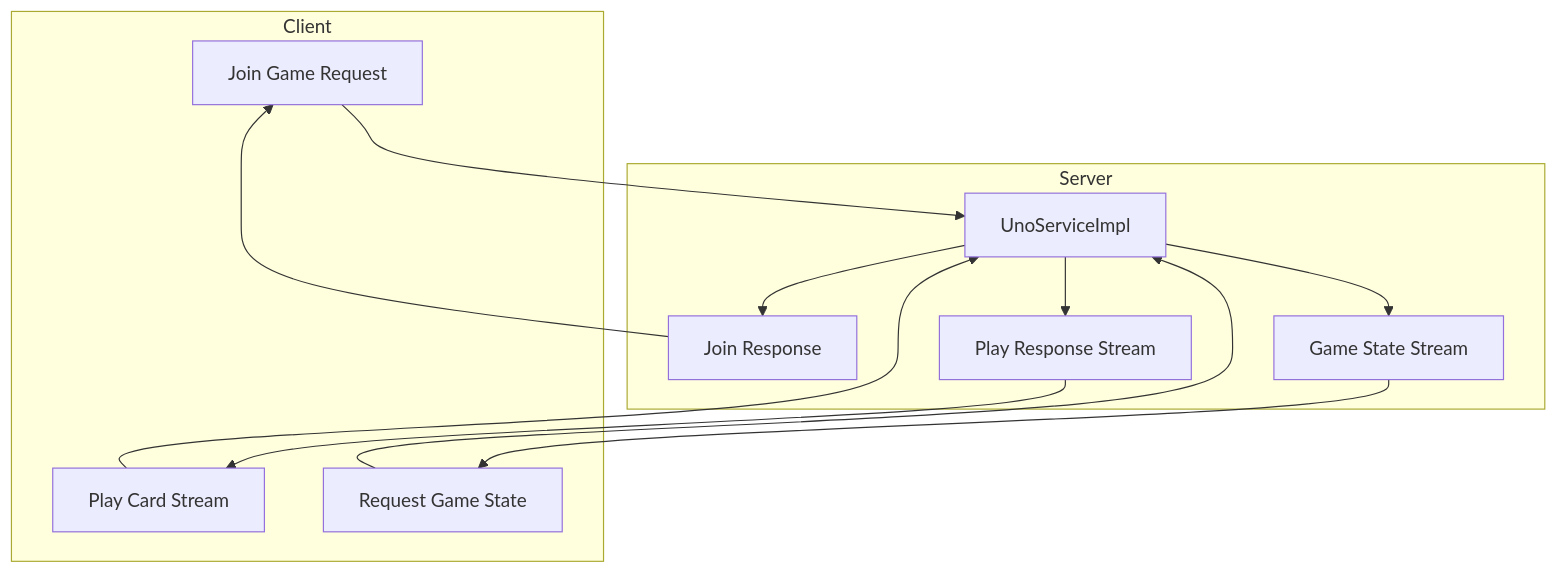
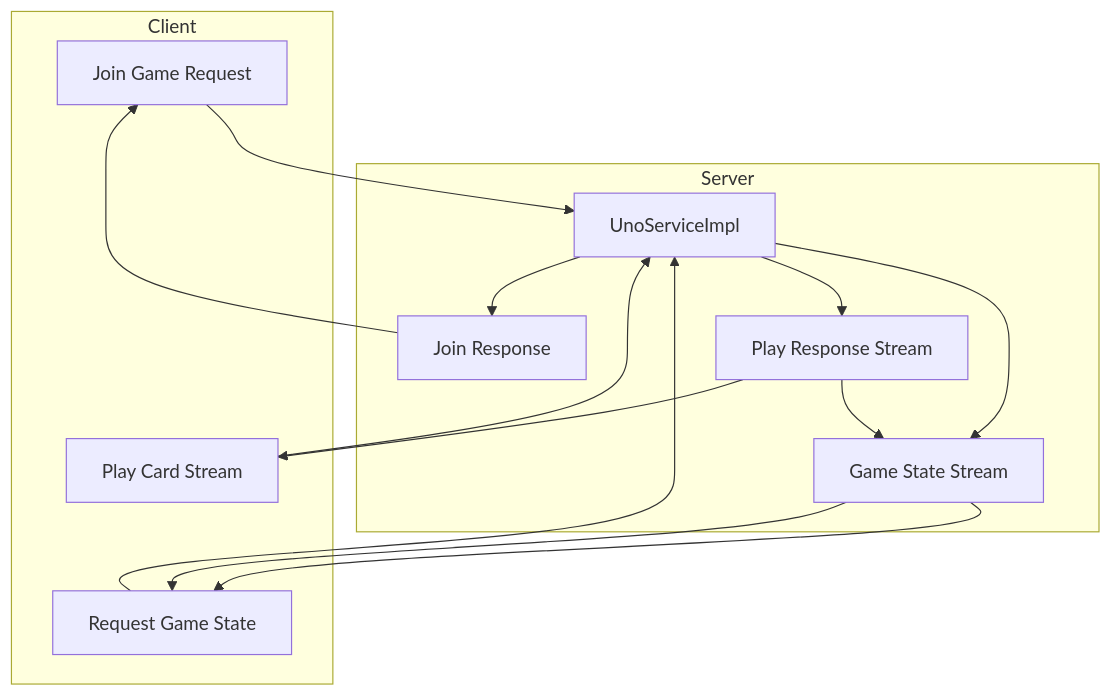
Before and after one commit to YashzAlphaGeek/FluxRPC: the second of 3 diagrams in uno-rpc/uno-backend/README.md, drawn with Mermaid. The commit also changed other lines of this file, not shown here.

````diff
--- a/uno-rpc/uno-backend/README.md
+++ b/uno-rpc/uno-backend/README.md
@@ -80,24 +82,28 @@
 ```mermaid
 flowchart TD
     subgraph Client
         C1[Join Game Request]
         C2[Play Card Stream]
         C3[Request Game State]
     end
 
     subgraph Server
         S1[UnoServiceImpl]
         S1Join[Join Response]
         S1Play[Play Response Stream]
         S1State[Game State Stream]
     end
 
     %% Join Game (Unary)
     C1 --> S1 --> S1Join --> C1
 
     %% Play Card (BiDi Streaming)
     C2 --> S1 --> S1Play --> C2
 
     %% Game State (Server Streaming)
     C3 --> S1 --> S1State --> C3
+
+    %% Broadcast Game State after each play
+    S1Play --> S1State
+    S1State --> C3
 ```
````
